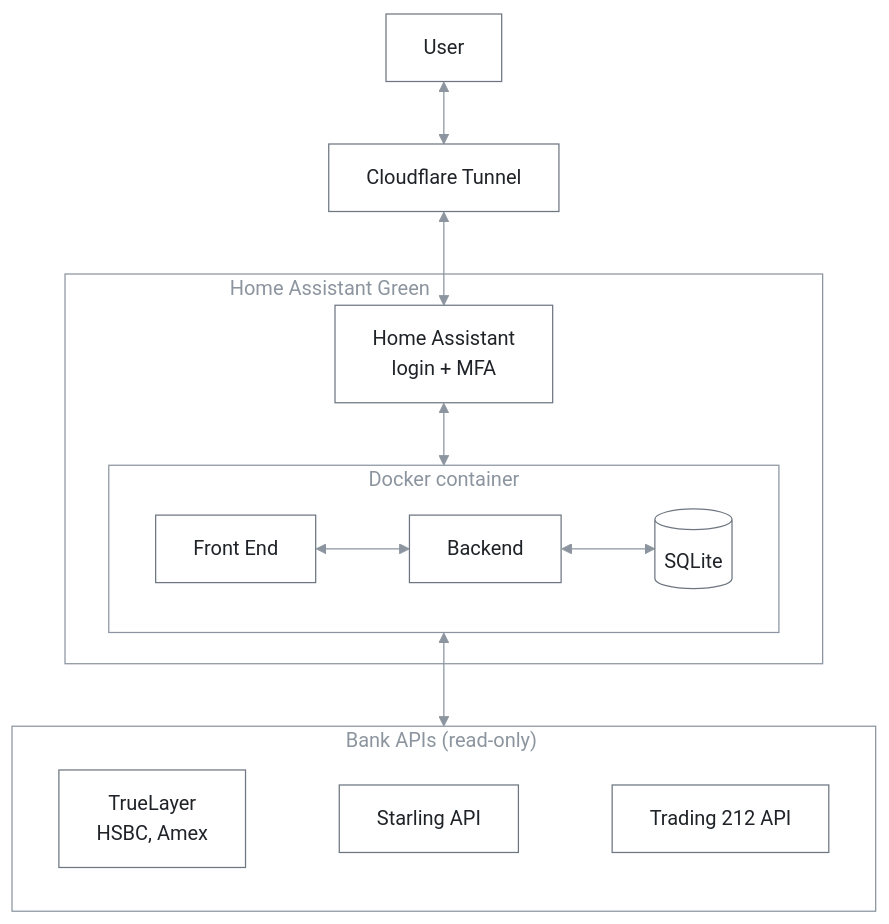
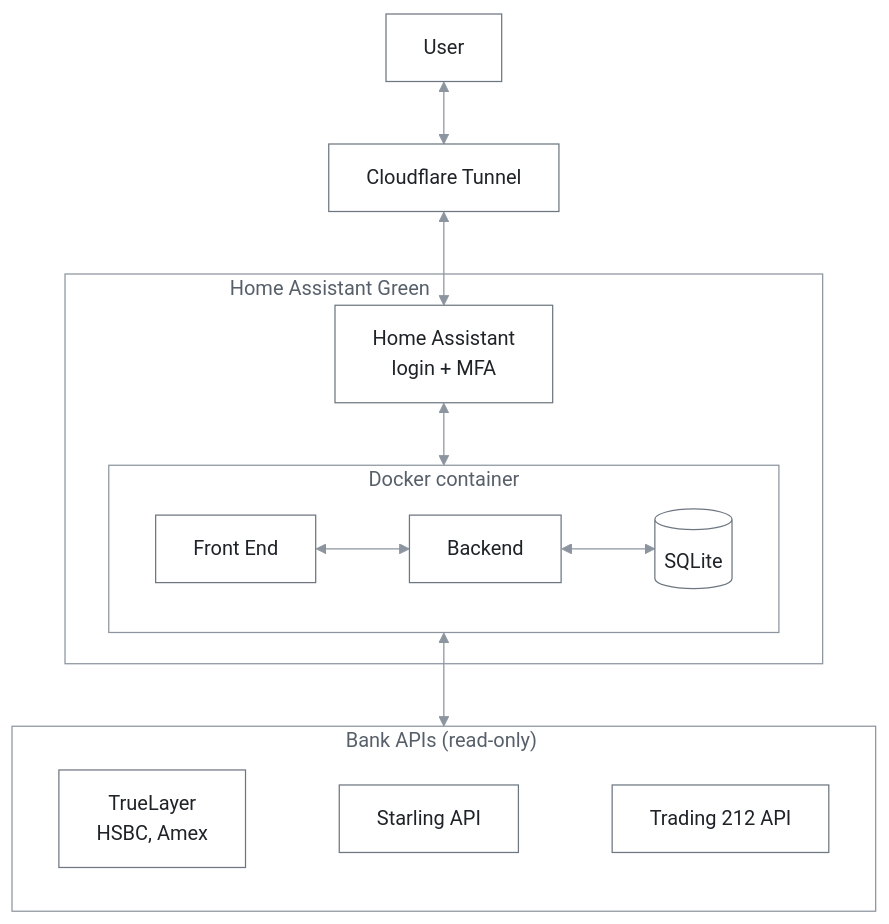
Before and after one commit to H-Ali1/finance-dashboard: the diagram in README.md, drawn with Mermaid.

Commit message:
README: readable box titles in the diagram
The box titles were light grey on a see-through fill, about 3:1 contrast on
GitHub's light theme. The boxes now have a white fill, and their titles are a
darker grey (6.4:1), whichever theme GitHub uses.

````diff
--- a/README.md
+++ b/README.md
@@ -21,22 +21,22 @@
 ```mermaid
-%%{init: {'layout': 'dagre', 'theme': 'base', 'themeVariables': {'primaryColor': '#ffffff', 'primaryTextColor': '#1f2328', 'primaryBorderColor': '#6e7781', 'lineColor': '#8c959f', 'titleColor': '#8c959f', 'clusterBkg': '#ffffff00', 'clusterBorder': '#8c959f', 'fontFamily': 'sans-serif'}}}%%
+%%{init: {'layout': 'dagre', 'theme': 'base', 'themeVariables': {'primaryColor': '#ffffff', 'primaryTextColor': '#1f2328', 'primaryBorderColor': '#6e7781', 'lineColor': '#8c959f', 'titleColor': '#57606a', 'clusterBkg': '#ffffff', 'clusterBorder': '#8c959f', 'fontFamily': 'sans-serif'}}}%%
 flowchart TB
     user["User"] <--> tunnel["Cloudflare Tunnel"] <--> ha
 
     %% #nbsp; padding moves this title left, clear of the arrow. The one after
     %% "(read-only)" stops GitHub's wider font clipping the bracket.
     subgraph green["Home Assistant Green#nbsp;#nbsp;#nbsp;#nbsp;#nbsp;#nbsp;#nbsp;#nbsp;#nbsp;#nbsp;#nbsp;#nbsp;#nbsp;#nbsp;#nbsp;#nbsp;#nbsp;#nbsp;#nbsp;#nbsp;#nbsp;#nbsp;#nbsp;#nbsp;#nbsp;#nbsp;#nbsp;#nbsp;#nbsp;#nbsp;#nbsp;#nbsp;#nbsp;#nbsp;#nbsp;#nbsp;#nbsp;#nbsp;#nbsp;#nbsp;#nbsp;#nbsp;#nbsp;#nbsp;#nbsp;#nbsp;"]
         ha["Home Assistant<br/>login + MFA"] <--> container
         subgraph container["Docker container"]
             direction LR
             frontend["Front End"] <--> backend["Backend"] <--> db[("SQLite")]
         end
     end
 
     container <--> apis
 
     subgraph apis["Bank APIs (read-only)#nbsp;"]
         direction LR
         truelayer["TrueLayer<br/>HSBC, Amex"] ~~~ starling["Starling API"] ~~~ t212["Trading 212 API"]
     end
 ```
````
